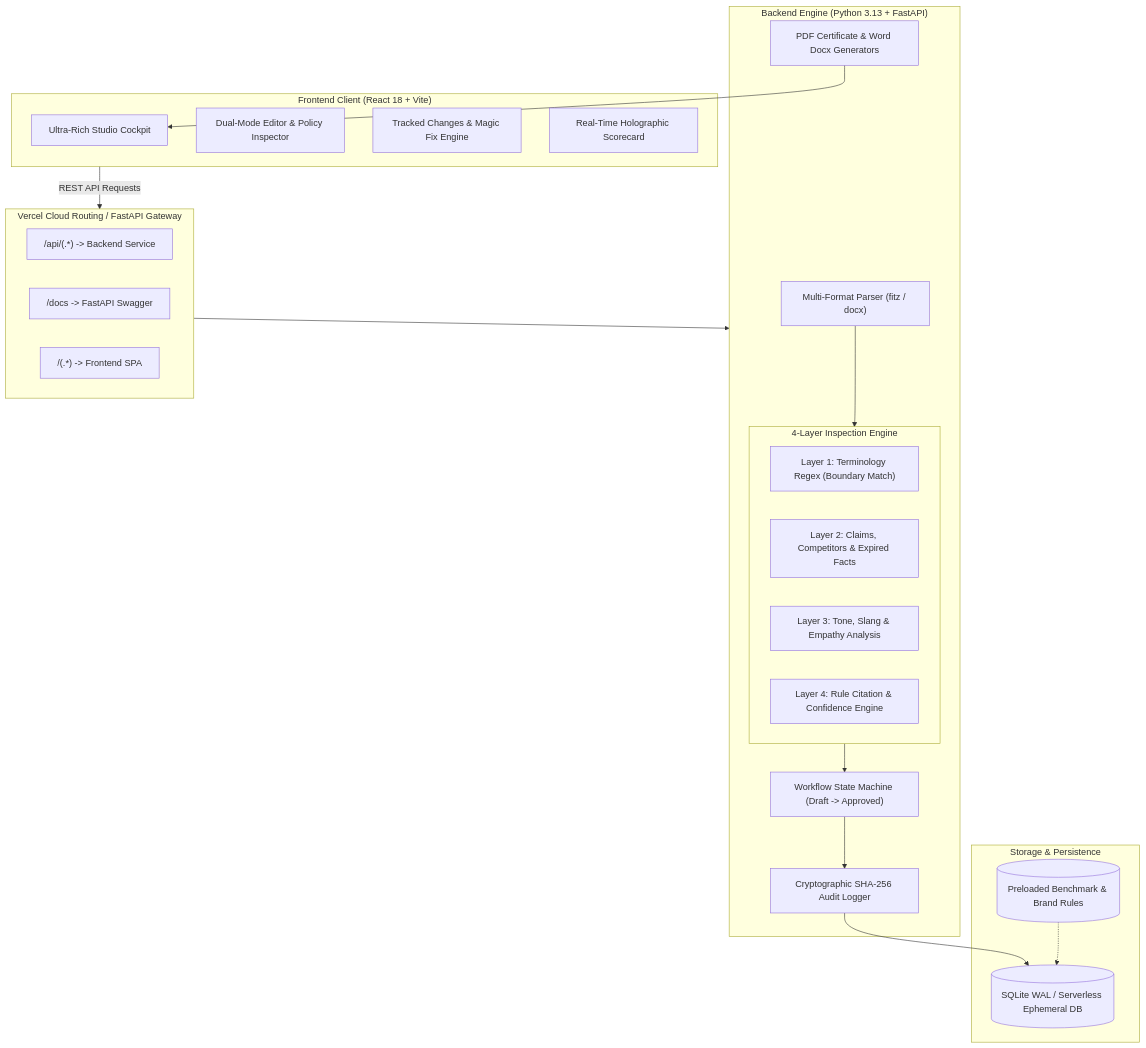
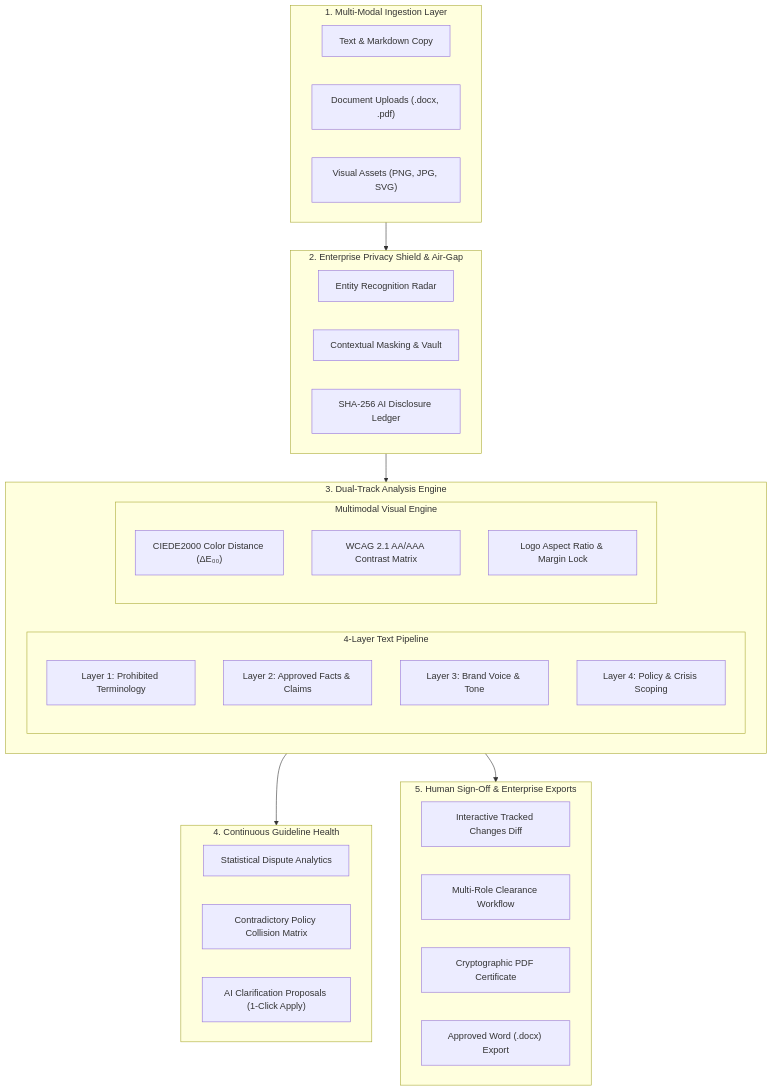
Before and after one commit to Rhythmuppal18/BrandGuard: the diagram in README.md, drawn with Mermaid. The commit also changed other lines of this file and 13 other files, not shown here.

Commit message:
feat(v3): ship multimodal visual engine, enterprise privacy radar, self-healing governance UI, and Round 3 suite

````diff
--- a/README.md
+++ b/README.md
@@ -88,44 +148,46 @@
 ```mermaid
 flowchart TD
-    subgraph Client["Frontend Client (React 18 + Vite)"]
-        UI["Ultra-Rich Studio Cockpit"]
-        Editor["Dual-Mode Editor & Policy Inspector"]
-        DiffEngine["Tracked Changes & Magic Fix Engine"]
-        ScoreRing["Real-Time Holographic Scorecard"]
+    subgraph Ingestion["1. Multi-Modal Ingestion Layer"]
+        A1["Text & Markdown Copy"]
+        A2["Document Uploads (.docx, .pdf)"]
+        A3["Visual Assets (PNG, JPG, SVG)"]
     end
 
-    subgraph Gateway["Vercel Cloud Routing / FastAPI Gateway"]
-        RewriteAPI["/api/(.*) -> Backend Service"]
-        RewriteDocs["/docs -> FastAPI Swagger"]
-        RewriteWeb["/(.*) -> Frontend SPA"]
+    subgraph PrivacyShield["2. Enterprise Privacy Shield & Air-Gap"]
+        B1["Entity Recognition Radar"]
+        B2["Contextual Masking & Vault"]
+        B3["SHA-256 AI Disclosure Ledger"]
     end
 
-    subgraph Backend["Backend Engine (Python 3.13 + FastAPI)"]
-        Parser["Multi-Format Parser (fitz / docx)"]
-        
-        subgraph Inspection["4-Layer Inspection Engine"]
-            L1["Layer 1: Terminology Regex (Boundary Match)"]
-            L2["Layer 2: Claims, Competitors & Expired Facts"]
-            L3["Layer 3: Tone, Slang & Empathy Analysis"]
-            L4["Layer 4: Rule Citation & Confidence Engine"]
+    subgraph GovernanceEngine["3. Dual-Track Analysis Engine"]
+        subgraph TextEngine["4-Layer Text Pipeline"]
+            C1["Layer 1: Prohibited Terminology"]
+            C2["Layer 2: Approved Facts & Claims"]
+            C3["Layer 3: Brand Voice & Tone"]
+            C4["Layer 4: Policy & Crisis Scoping"]
         end
-
-        StateMachine["Workflow State Machine (Draft -> Approved)"]
-        AuditEngine["Cryptographic SHA-256 Audit Logger"]
-        CertEngine["PDF Certificate & Word Docx Generators"]
+        subgraph VisualEngine["Multimodal Visual Engine"]
+            D1["CIEDE2000 Color Distance (ΔE₀₀)"]
+            D2["WCAG 2.1 AA/AAA Contrast Matrix"]
+            D3["Logo Aspect Ratio & Margin Lock"]
+        end
     end
 
-    subgraph Storage["Storage & Persistence"]
-        DB[("SQLite WAL / Serverless Ephemeral DB")]
-        SeedData[("Preloaded Benchmark & Brand Rules")]
+    subgraph SelfHealing["4. Continuous Guideline Health"]
+        E1["Statistical Dispute Analytics"]
+        E2["Contradictory Policy Collision Matrix"]
+        E3["AI Clarification Proposals (1-Click Apply)"]
     end
 
-    Client -->|REST API Requests| Gateway
-    Gateway --> Backend
-    Parser --> Inspection
-    Inspection --> StateMachine
-    StateMachine --> AuditEngine
-    AuditEngine --> DB
-    CertEngine --> UI
-    SeedData -.-> DB
+    subgraph Clearance["5. Human Sign-Off & Enterprise Exports"]
+        F1["Interactive Tracked Changes Diff"]
+        F2["Multi-Role Clearance Workflow"]
+        F3["Cryptographic PDF Certificate"]
+        F4["Approved Word (.docx) Export"]
+    end
+
+    Ingestion --> PrivacyShield
+    PrivacyShield --> GovernanceEngine
+    GovernanceEngine --> SelfHealing
+    GovernanceEngine --> Clearance
 ```
````
